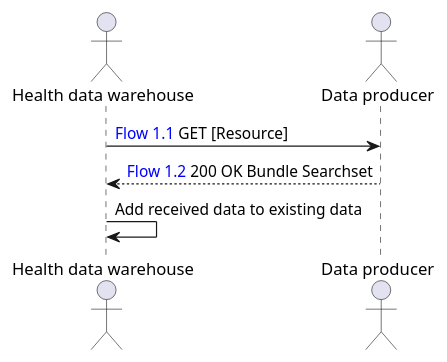
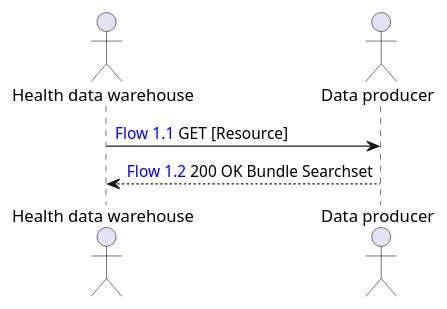
Before and after one commit to ONCOFAIR/FHIR-ImplementationGuide-Article: the diagram in input/images-source/feed_flow.plantuml, drawn with PlantUML. The commit also changed 1208 other files, not shown here.

```diff
--- a/input/images-source/feed_flow.plantuml
+++ b/input/images-source/feed_flow.plantuml
@@ -1,9 +1,8 @@
 @startuml
 actor "Health data warehouse" as EDS
 actor "Data producer" as PD
 
 EDS -> PD: <color:blue>Flow 1.1</color> GET [Resource]
 PD --> EDS: <color:blue>Flow 1.2</color> 200 OK Bundle Searchset
-EDS -> EDS: Add received data to existing data
 
 @enduml
```
